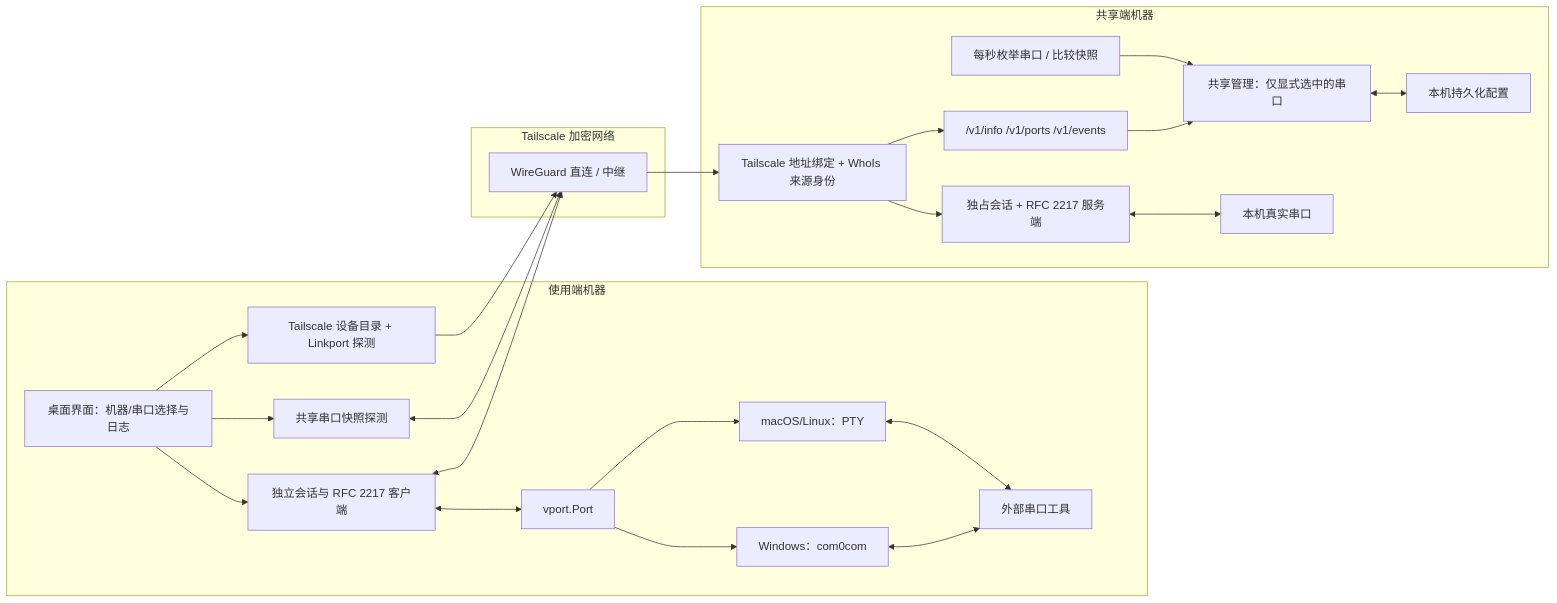
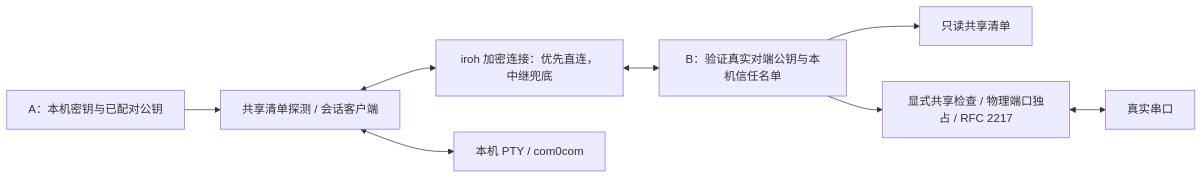
The diagram in docs/architecture.md (Sid9017/linkport), drawn with Mermaid before and after one commit. The commit also changed other lines of this file and 60 other files, not shown here.

Commit message:
feat: migrate Linkport to iroh and add project website

````diff
--- a/docs/architecture.md
+++ b/docs/architecture.md
@@ -7,43 +11,10 @@
 ```mermaid
 flowchart LR
-  subgraph consumer["使用端机器"]
-    desktop["桌面界面：机器/串口选择与日志"]
-    peers["Tailscale 设备目录 + Linkport 探测"]
-    subscriber["共享串口快照探测"]
-    session["独立会话与 RFC 2217 客户端"]
-    adapter["vport.Port"]
-    unix["macOS/Linux：PTY"]
-    win["Windows：com0com"]
-    tool["外部串口工具"]
-    desktop --> peers
-    desktop --> subscriber
-    desktop --> session
-    session <--> adapter
-    adapter --> unix
-    adapter --> win
-    unix <--> tool
-    win <--> tool
-  end
-  subgraph network["Tailscale 加密网络"]
-    tunnel["WireGuard 直连 / 中继"]
-  end
-  subgraph provider["共享端机器"]
-    identity["Tailscale 地址绑定 + WhoIs 来源身份"]
-    http["/v1/info /v1/ports /v1/events"]
-    manager["共享管理：仅显式选中的串口"]
-    config["本机持久化配置"]
-    poll["每秒枚举串口 / 比较快照"]
-    bridge["独占会话 + RFC 2217 服务端"]
-    serial["本机真实串口"]
-    manager <--> config
-    poll --> manager
-    http --> manager
-    identity --> http
-    identity --> bridge
-    bridge <--> serial
-  end
-  peers --> tunnel
-  subscriber <--> tunnel
-  session <--> tunnel
-  tunnel --> identity
+    identityA["A：本机密钥与已配对公钥"] --> client["共享清单探测 / 会话客户端"]
+    client <--> encrypted["iroh 加密连接：优先直连，中继兜底"]
+    encrypted <--> auth["B：验证真实对端公钥与本机信任名单"]
+    auth --> inventory["只读共享清单"]
+    auth --> bridge["显式共享检查 / 物理端口独占 / RFC 2217"]
+    bridge <--> serial["真实串口"]
+    client <--> vport["本机 PTY / com0com"]
 ```
````
